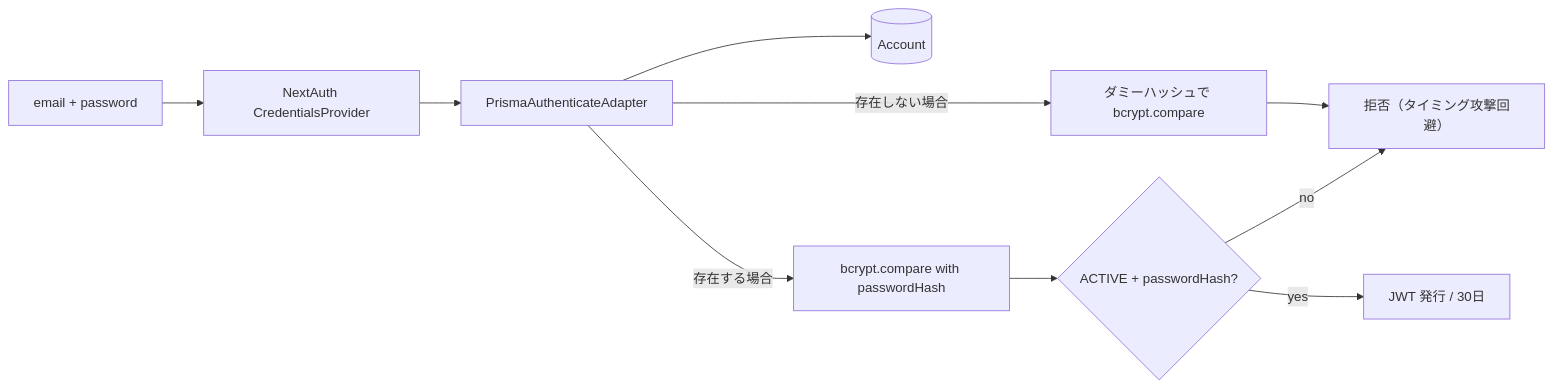
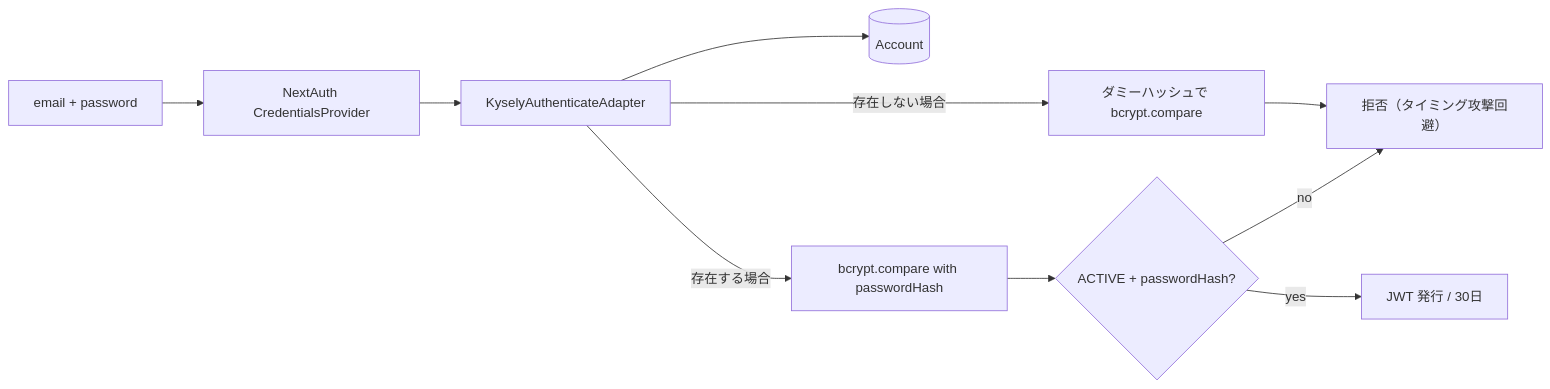
The first of 2 diagrams in docs/specs/04_security-design.md (Physicalfunding/PhysiFun), drawn with Mermaid before and after one commit. The commit also changed other lines of this file and 27 other files, not shown here.

````diff
--- a/docs/specs/04_security-design.md
+++ b/docs/specs/04_security-design.md
@@ -52,12 +52,12 @@
 ```mermaid
 flowchart LR
     Login[email + password] --> NA[NextAuth CredentialsProvider]
-    NA --> Auth[PrismaAuthenticateAdapter]
+    NA --> Auth[KyselyAuthenticateAdapter]
     Auth --> DB[(Account)]
     Auth -->|存在しない場合| Dummy[ダミーハッシュで bcrypt.compare]
     Auth -->|存在する場合| Real[bcrypt.compare with passwordHash]
     Dummy --> Reject[拒否（タイミング攻撃回避）]
     Real --> Check{ACTIVE + passwordHash?}
     Check -->|no| Reject
     Check -->|yes| OK[JWT 発行 / 30日]
 ```
````
